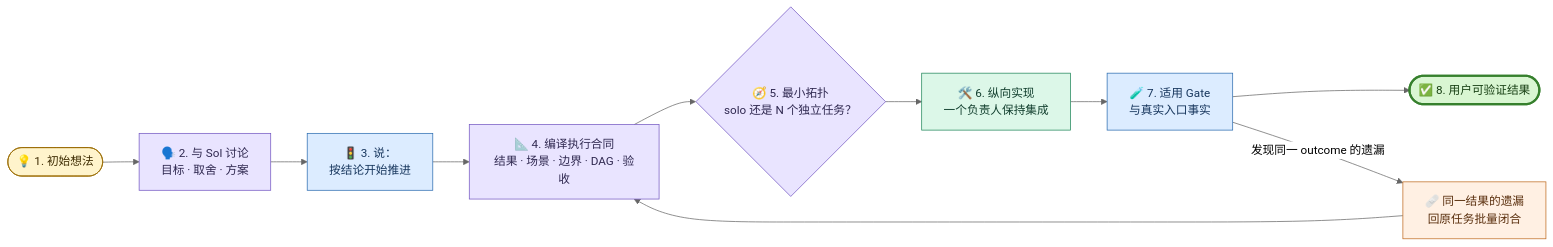
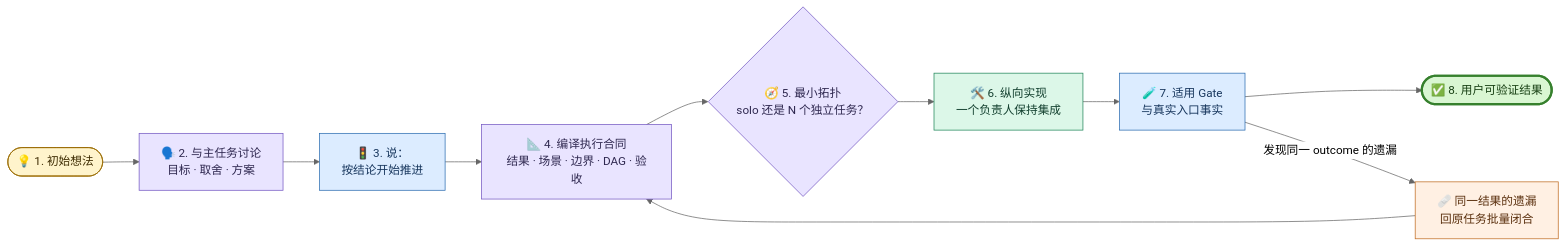
One commit to kldancer/team-os changed the third of 8 diagrams in docs/使用手册/01-Codex-Team-OS日常工作流使用手册.md. Above: the diagram before and after it, drawn with Mermaid (neutral theme). The commit also changed other lines of this file and 9 other files, not shown here.

````diff
--- a/docs/使用手册/01-Codex-Team-OS日常工作流使用手册.md
+++ b/docs/使用手册/01-Codex-Team-OS日常工作流使用手册.md
@@ -120,28 +120,28 @@
 ```mermaid
 flowchart LR
     I(["💡 1. 初始想法"])
-    TALK["🗣️ 2. 与 Sol 讨论<br/>目标 · 取舍 · 方案"]
+    TALK["🗣️ 2. 与主任务讨论<br/>目标 · 取舍 · 方案"]
     START["🚦 3. 说：<br/>按结论开始推进"]
     BLUE["📐 4. 编译执行合同<br/>结果 · 场景 · 边界 · DAG · 验收"]
     TEAM{"🧭 5. 最小拓扑<br/>solo 还是 N 个独立任务？"}
     BUILD["🛠️ 6. 纵向实现<br/>一个负责人保持集成"]
     CHECK["🧪 7. 适用 Gate<br/>与真实入口事实"]
     DONE(["✅ 8. 用户可验证结果"])
     REPAIR["🩹 同一结果的遗漏<br/>回原任务批量闭合"]
 
     I --> TALK --> START --> BLUE --> TEAM --> BUILD --> CHECK --> DONE
     CHECK -->|"发现同一 outcome 的遗漏"| REPAIR --> BLUE
 
     classDef idea fill:#fff4cc,stroke:#9a6b00,color:#3d2b00;
     classDef think fill:#e9e4ff,stroke:#7357c2,color:#2f2850;
     classDef action fill:#dcecff,stroke:#2b6cb0,color:#17365d;
     classDef build fill:#dcf7e8,stroke:#21865a,color:#123f2e;
     classDef done fill:#d9f6d2,stroke:#36802d,color:#173f13,stroke-width:3px;
     classDef repair fill:#fff0e3,stroke:#bf6b21,color:#5a2f0d;
     class I idea;
     class TALK,BLUE,TEAM think;
     class START,CHECK action;
     class BUILD build;
     class DONE done;
     class REPAIR repair;
 ```
````
